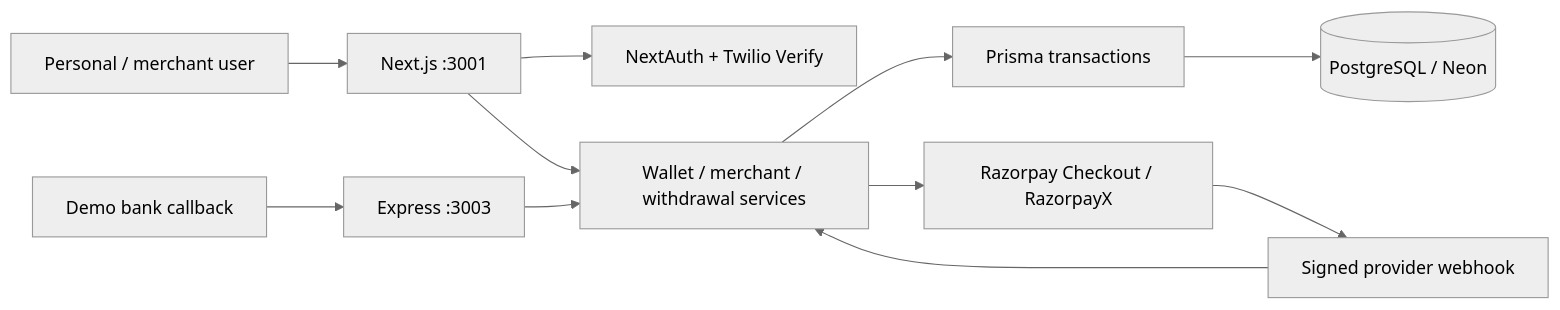
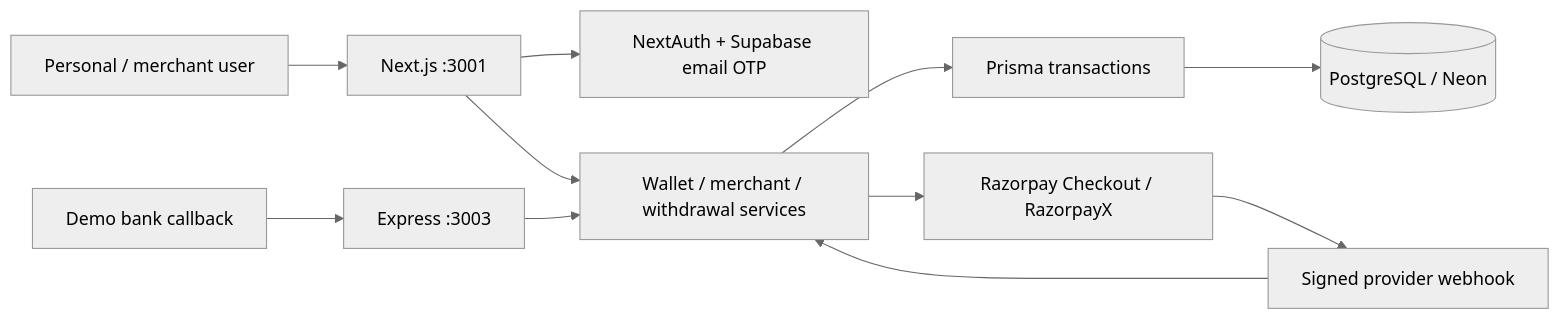
One commit to Ravichandra531/EasePay changed the diagram in README.md. Above: the diagram before and after it, drawn with Mermaid (neutral theme). The commit also changed other lines of this file and 30 other files, not shown here.

Commit message:
Add Supabase email OTP and fix Vercel deployment

````diff
--- a/README.md
+++ b/README.md
@@ -9,13 +9,13 @@
 ```mermaid
 flowchart LR
   User[Personal / merchant user] --> Web[Next.js :3001]
-  Web --> Auth[NextAuth + Twilio Verify]
+  Web --> Auth[NextAuth + Supabase email OTP]
   Web --> Services[Wallet / merchant / withdrawal services]
   Services --> Prisma[Prisma transactions]
   Prisma --> DB[(PostgreSQL / Neon)]
   Services --> Razorpay[Razorpay Checkout / RazorpayX]
   Razorpay --> Signed[Signed provider webhook]
   Signed --> Services
   Bank[Demo bank callback] --> Express[Express :3003]
   Express --> Services
 ```
````
